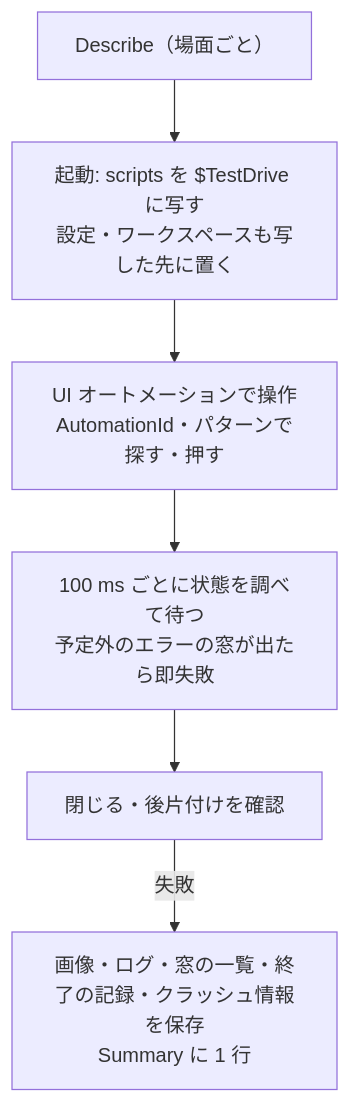
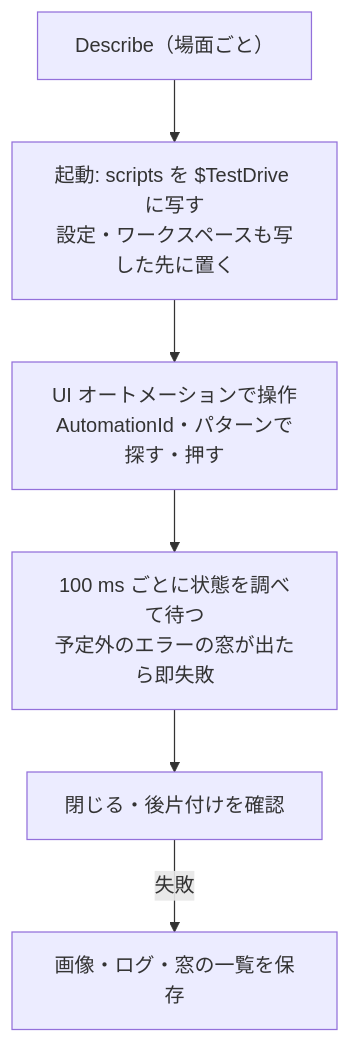
The diagram in docs/design/testing/gui-smoke.md (hsgwa/tebunko), drawn with Mermaid before and after one commit. The commit also changed other lines of this file and 15 other files, not shown here.

````diff
--- a/docs/design/testing/gui-smoke.md
+++ b/docs/design/testing/gui-smoke.md
@@ -25,8 +24,8 @@
 ```mermaid
 flowchart TD
     S["Describe（場面ごと）"] --> L["起動: scripts を $TestDrive に写す<br>設定・ワークスペースも写した先に置く"]
     L --> A["UI オートメーションで操作<br>AutomationId・パターンで探す・押す"]
     A --> W["100 ms ごとに状態を調べて待つ<br>予定外のエラーの窓が出たら即失敗"]
     W --> C["閉じる・後片付けを確認"]
-    C -- 失敗 --> F["画像・ログ・窓の一覧・終了の記録・クラッシュ情報を保存<br>Summary に 1 行"]
+    C -- 失敗 --> F["画像・ログ・窓の一覧を保存"]
 ```
````
